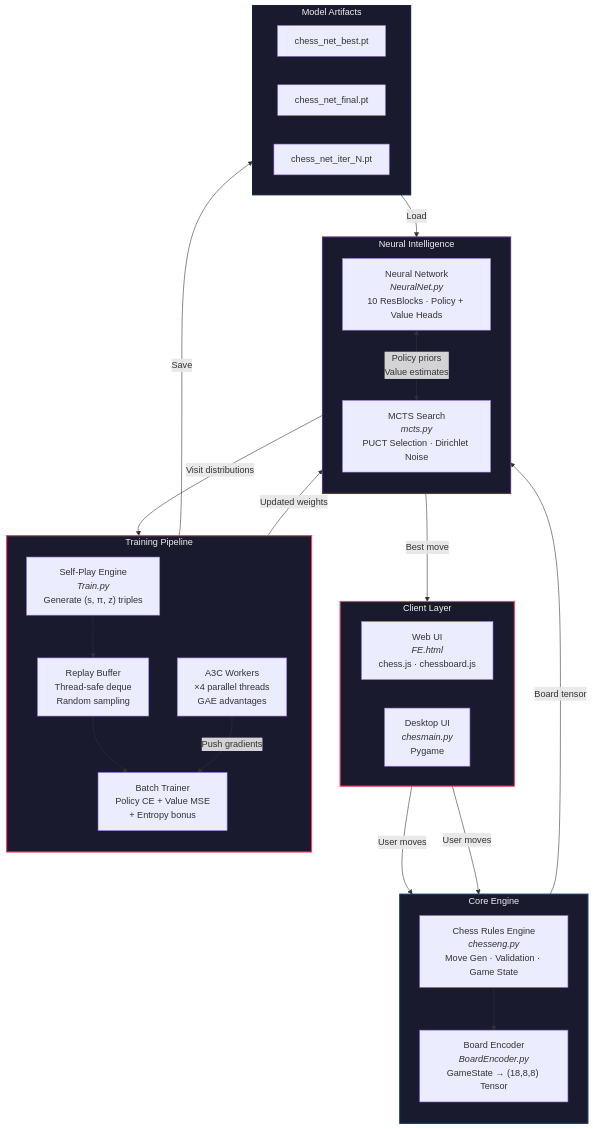
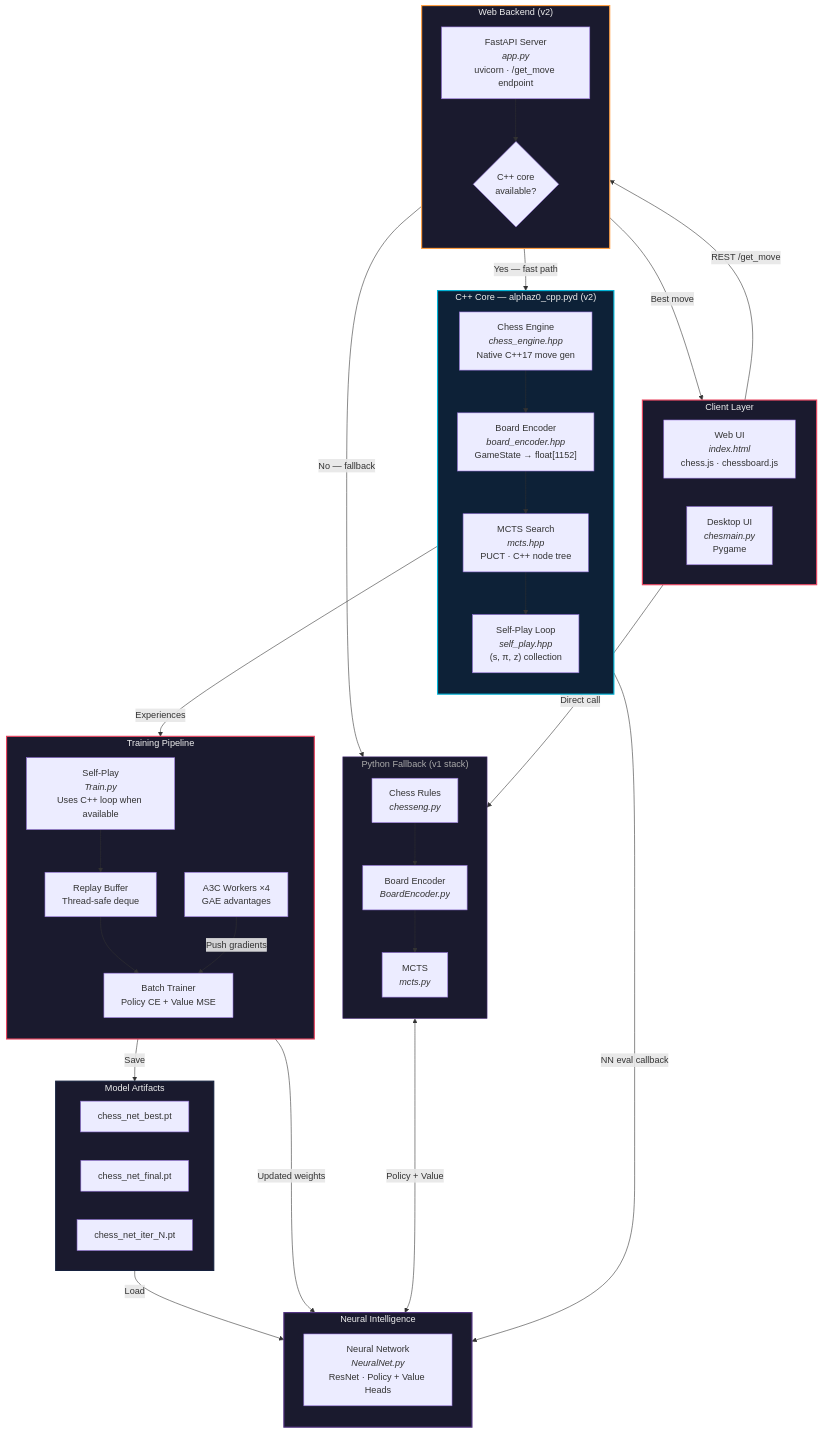
One commit to AnshumanJ28/AlphaZ0 changed the first of 6 diagrams in README.md. Above: the diagram before and after it, drawn with Mermaid. The commit also changed other lines of this file and 25 other files, not shown here.

First line of the commit message:
feat: v2 - C++ core, FastAPI backend, Render deploy, updated README

````diff
--- a/README.md
+++ b/README.md
@@ -105,54 +217,76 @@
 ```mermaid
 flowchart TB
     subgraph CLIENT["Client Layer"]
         direction LR
-        WEB["Web UI<br/><i>FE.html</i><br/>chess.js · chessboard.js"]
+        WEB["Web UI<br/><i>index.html</i><br/>chess.js · chessboard.js"]
         DESKTOP["Desktop UI<br/><i>chesmain.py</i><br/>Pygame"]
     end
 
-    subgraph ENGINE["Core Engine"]
+    subgraph SERVER["Web Backend (v2)"]
         direction TB
-        RULES["Chess Rules Engine<br/><i>chesseng.py</i><br/>Move Gen · Validation · Game State"]
-        ENCODER["Board Encoder<br/><i>BoardEncoder.py</i><br/>GameState → (18,8,8) Tensor"]
-        RULES --> ENCODER
+        API["FastAPI Server<br/><i>app.py</i><br/>uvicorn · /get_move endpoint"]
+        CPP_CHECK{"C++ core<br/>available?"}
+        API --> CPP_CHECK
+    end
+
+    subgraph CPP_CORE["C++ Core — alphaz0_cpp.pyd (v2)"]
+        direction TB
+        CPP_RULES["Chess Engine<br/><i>chess_engine.hpp</i><br/>Native C++17 move gen"]
+        CPP_ENC["Board Encoder<br/><i>board_encoder.hpp</i><br/>GameState → float[1152]"]
+        CPP_MCTS["MCTS Search<br/><i>mcts.hpp</i><br/>PUCT · C++ node tree"]
+        CPP_SP["Self-Play Loop<br/><i>self_play.hpp</i><br/>(s, π, z) collection"]
+        CPP_RULES --> CPP_ENC
+        CPP_ENC --> CPP_MCTS
+        CPP_MCTS --> CPP_SP
+    end
+
+    subgraph PY_FALLBACK["Python Fallback (v1 stack)"]
+        direction TB
+        RULES["Chess Rules<br/><i>chesseng.py</i>"]
+        ENCODER["Board Encoder<br/><i>BoardEncoder.py</i>"]
+        PY_MCTS["MCTS<br/><i>mcts.py</i>"]
+        RULES --> ENCODER --> PY_MCTS
     end
 
     subgraph BRAIN["Neural Intelligence"]
         direction TB
-        NN["Neural Network<br/><i>NeuralNet.py</i><br/>10 ResBlocks · Policy + Value Heads"]
-        MCTS_NODE["MCTS Search<br/><i>mcts.py</i><br/>PUCT Selection · Dirichlet Noise"]
-        NN <-->|"Policy priors<br/>Value estimates"| MCTS_NODE
+        NN["Neural Network<br/><i>NeuralNet.py</i><br/>ResNet · Policy + Value Heads"]
     end
 
     subgraph TRAINING["Training Pipeline"]
         direction TB
-        SELFPLAY["Self-Play Engine<br/><i>Train.py</i><br/>Generate (s, π, z) triples"]
-        BUFFER["Replay Buffer<br/>Thread-safe deque<br/>Random sampling"]
-        A3C["A3C Workers<br/>×4 parallel threads<br/>GAE advantages"]
-        TRAINER["Batch Trainer<br/>Policy CE + Value MSE<br/>+ Entropy bonus"]
+        SELFPLAY["Self-Play<br/><i>Train.py</i><br/>Uses C++ loop when available"]
+        BUFFER["Replay Buffer<br/>Thread-safe deque"]
+        A3C["A3C Workers ×4<br/>GAE advantages"]
+        TRAINER["Batch Trainer<br/>Policy CE + Value MSE"]
         SELFPLAY --> BUFFER
         BUFFER --> TRAINER
         A3C -->|"Push gradients"| TRAINER
     end
 
     subgraph CHECKPOINTS["Model Artifacts"]
         BEST["chess_net_best.pt"]
         FINAL["chess_net_final.pt"]
         ITER["chess_net_iter_N.pt"]
     end
 
-    WEB -->|"User moves"| RULES
-    DESKTOP -->|"User moves"| RULES
-    ENCODER -->|"Board tensor"| NN
-    MCTS_NODE -->|"Best move"| CLIENT
-    MCTS_NODE -->|"Visit distributions"| SELFPLAY
+    WEB -->|"REST /get_move"| API
+    DESKTOP -->|"Direct call"| PY_MCTS
+    CPP_CHECK -->|"Yes — fast path"| CPP_CORE
+    CPP_CHECK -->|"No — fallback"| PY_FALLBACK
+    CPP_MCTS -->|"NN eval callback"| NN
+    PY_MCTS <-->|"Policy + Value"| NN
+    CPP_SP -->|"Experiences"| SELFPLAY
+    API -->|"Best move"| WEB
     TRAINER -->|"Updated weights"| NN
     TRAINER -->|"Save"| CHECKPOINTS
     CHECKPOINTS -->|"Load"| NN
 
     style CLIENT fill:#1a1a2e,stroke:#e94560,stroke-width:2px,color:#eee
-    style ENGINE fill:#1a1a2e,stroke:#0f3460,stroke-width:2px,color:#eee
+    style SERVER fill:#1a1a2e,stroke:#ff9f43,stroke-width:2px,color:#eee
+    style CPP_CORE fill:#0d2137,stroke:#00b4d8,stroke-width:2px,color:#eee
+    style PY_FALLBACK fill:#1a1a2e,stroke:#533483,stroke-width:1px,color:#aaa
     style BRAIN fill:#1a1a2e,stroke:#533483,stroke-width:2px,color:#eee
     style TRAINING fill:#1a1a2e,stroke:#e94560,stroke-width:2px,color:#eee
     style CHECKPOINTS fill:#1a1a2e,stroke:#16213e,stroke-width:2px,color:#eee
 ```
````
